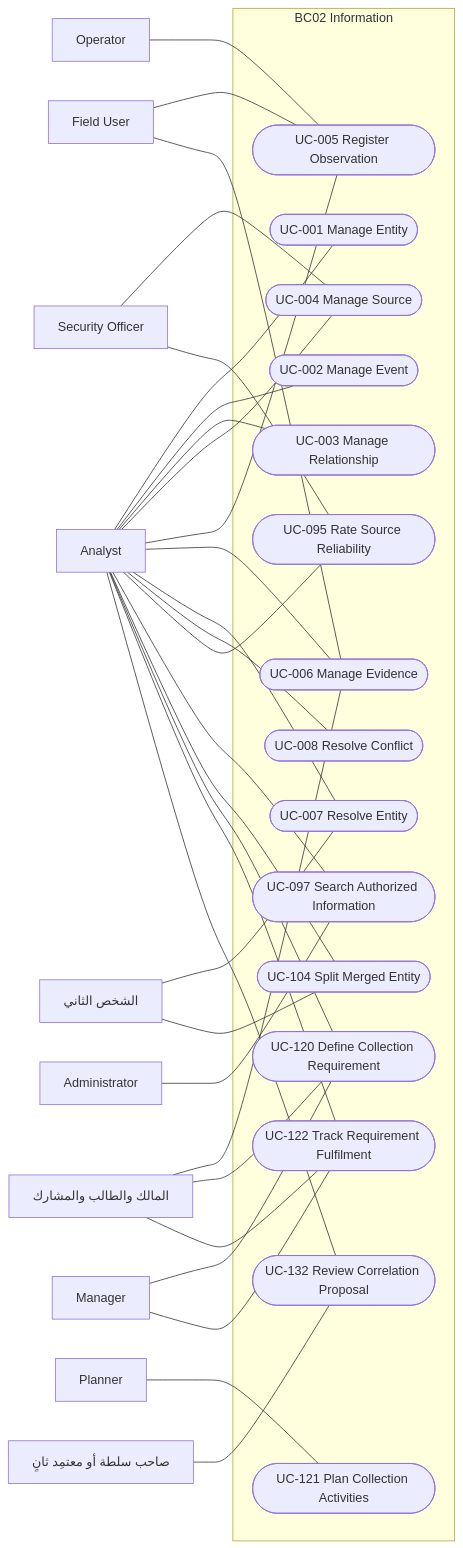
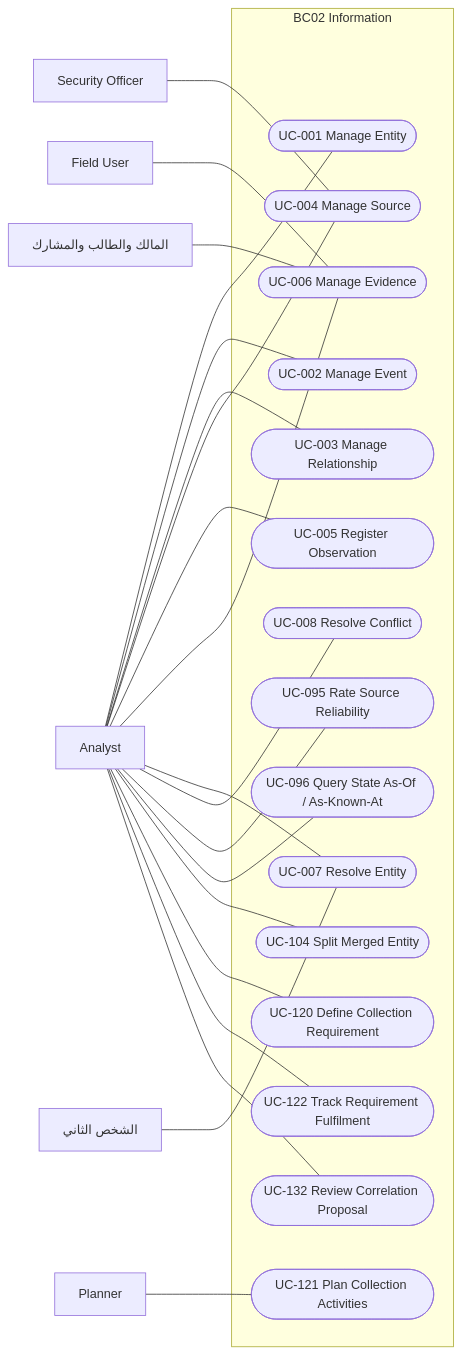
Before and after one commit to Ayoubkhattab/Planing: the second of 8 diagrams in spec/18-analysis-design/04-use-cases.md, drawn with Mermaid. The commit also changed other lines of this file and 9 other files, not shown here.

````diff
--- a/spec/18-analysis-design/04-use-cases.md
+++ b/spec/18-analysis-design/04-use-cases.md
@@ -103,59 +84,45 @@
 ```mermaid
 flowchart LR
-  ACT_02["Manager"]
   ACT_03["Planner"]
   ACT_04["Analyst"]
-  ACT_05["Operator"]
   ACT_06["Field User"]
   ACT_13["Security Officer"]
-  ACT_15["Administrator"]
-  AUTH_GRANT["صاحب سلطة أو معتمِد ثانٍ"]
   REL_OWNER["المالك والطالب والمشارك"]
   REL_PEER["الشخص الثاني"]
   subgraph BC02["BC02 Information"]
     UC001(["UC-001 Manage Entity"])
     UC002(["UC-002 Manage Event"])
     UC003(["UC-003 Manage Relationship"])
     UC004(["UC-004 Manage Source"])
     UC005(["UC-005 Register Observation"])
     UC006(["UC-006 Manage Evidence"])
     UC007(["UC-007 Resolve Entity"])
     UC008(["UC-008 Resolve Conflict"])
     UC095(["UC-095 Rate Source Reliability"])
-    UC097(["UC-097 Search Authorized Information"])
+    UC096(["UC-096 Query State As-Of / As-Known-At"])
     UC104(["UC-104 Split Merged Entity"])
     UC120(["UC-120 Define Collection Requirement"])
     UC121(["UC-121 Plan Collection Activities"])
     UC122(["UC-122 Track Requirement Fulfilment"])
     UC132(["UC-132 Review Correlation Proposal"])
   end
   ACT_04 --- UC001
   ACT_04 --- UC002
   ACT_04 --- UC003
   ACT_04 --- UC004
   ACT_13 --- UC004
   ACT_04 --- UC005
-  ACT_05 --- UC005
-  ACT_06 --- UC005
   ACT_04 --- UC006
   ACT_06 --- UC006
   REL_OWNER --- UC006
   ACT_04 --- UC007
   REL_PEER --- UC007
   ACT_04 --- UC008
   ACT_04 --- UC095
-  ACT_13 --- UC095
-  ACT_04 --- UC097
-  ACT_15 --- UC097
+  ACT_04 --- UC096
   ACT_04 --- UC104
-  REL_PEER --- UC104
-  ACT_02 --- UC120
   ACT_04 --- UC120
-  REL_OWNER --- UC120
   ACT_03 --- UC121
-  ACT_02 --- UC122
   ACT_04 --- UC122
-  REL_OWNER --- UC122
   ACT_04 --- UC132
-  AUTH_GRANT --- UC132
 ```
````
